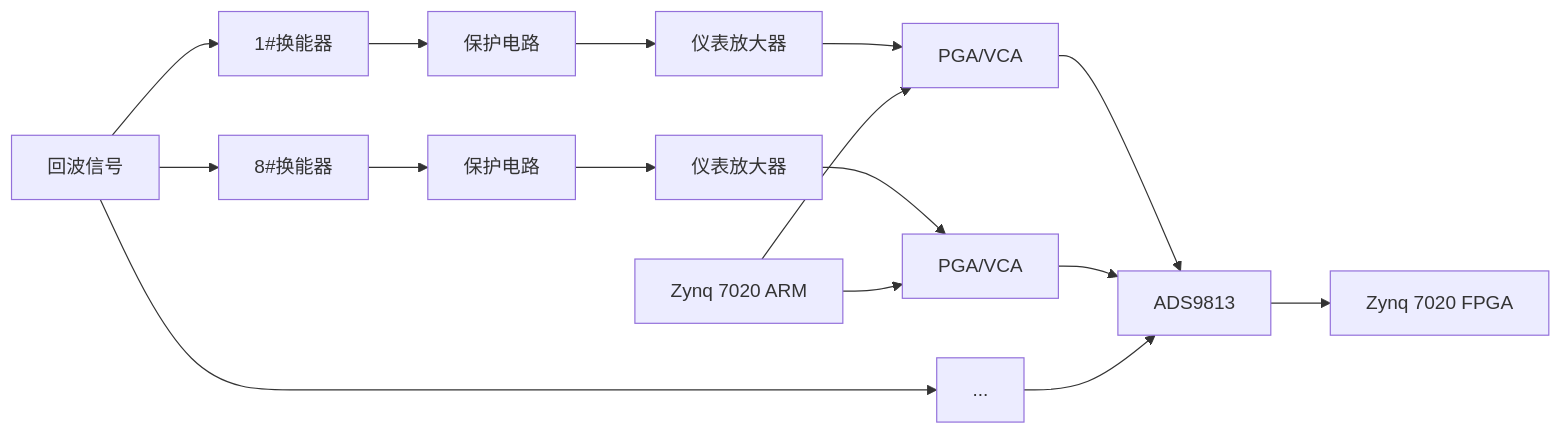
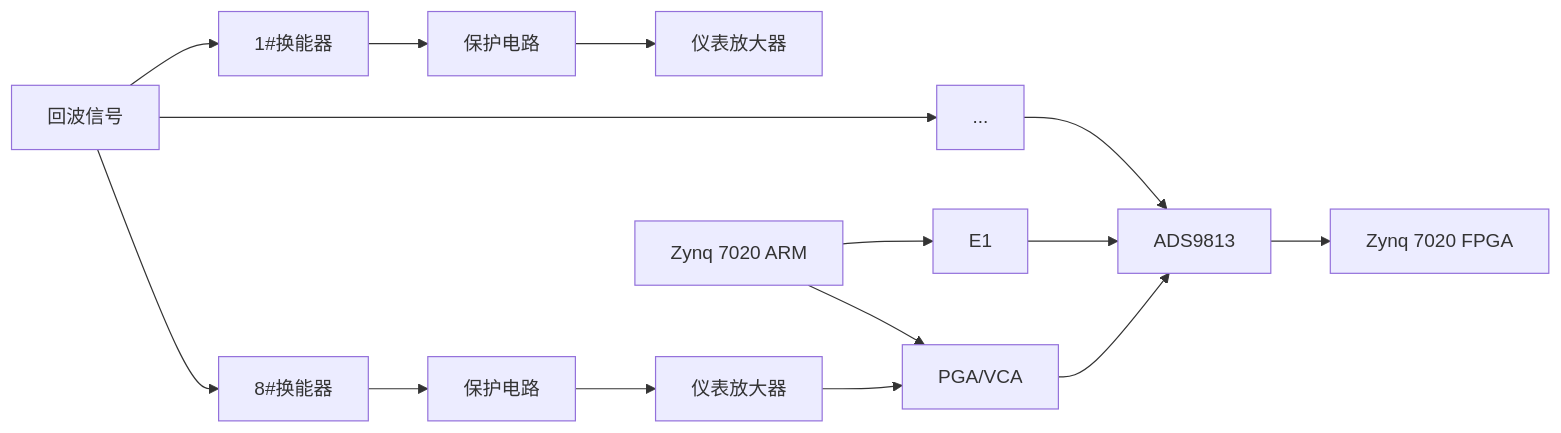
One commit to Rukawa15/iodraw-files changed the diagram in all/同步采集.md. Above: the diagram before and after it, drawn with Mermaid.

Commit message:
2025-06-19 14:32:23 update

````diff
--- a/all/同步采集.md
+++ b/all/同步采集.md
@@ -1,24 +1,24 @@
 ```mermaid
 graph LR
 A[回波信号]
 A --> B1[1#换能器]
 A --> ...
 A --> B8[8#换能器]
 
 B1 --> C1[保护电路]
 B8 --> C8[保护电路]
 
 C1 --> D1[仪表放大器]
 C8 --> D8[仪表放大器]
 
-D1 --> E1[PGA/VCA]
+
 D8 --> E8[PGA/VCA]
 
 E1 --> F[ADS9813]
+... --> F
+E8 --> F[ADS9813] 
 
-E8 --> F[ADS9813] 
-... --> F
 F --> G[Zynq 7020 FPGA]
 H[Zynq 7020 ARM] --> E1
 H[Zynq 7020 ARM] --> E8
 ```
````
